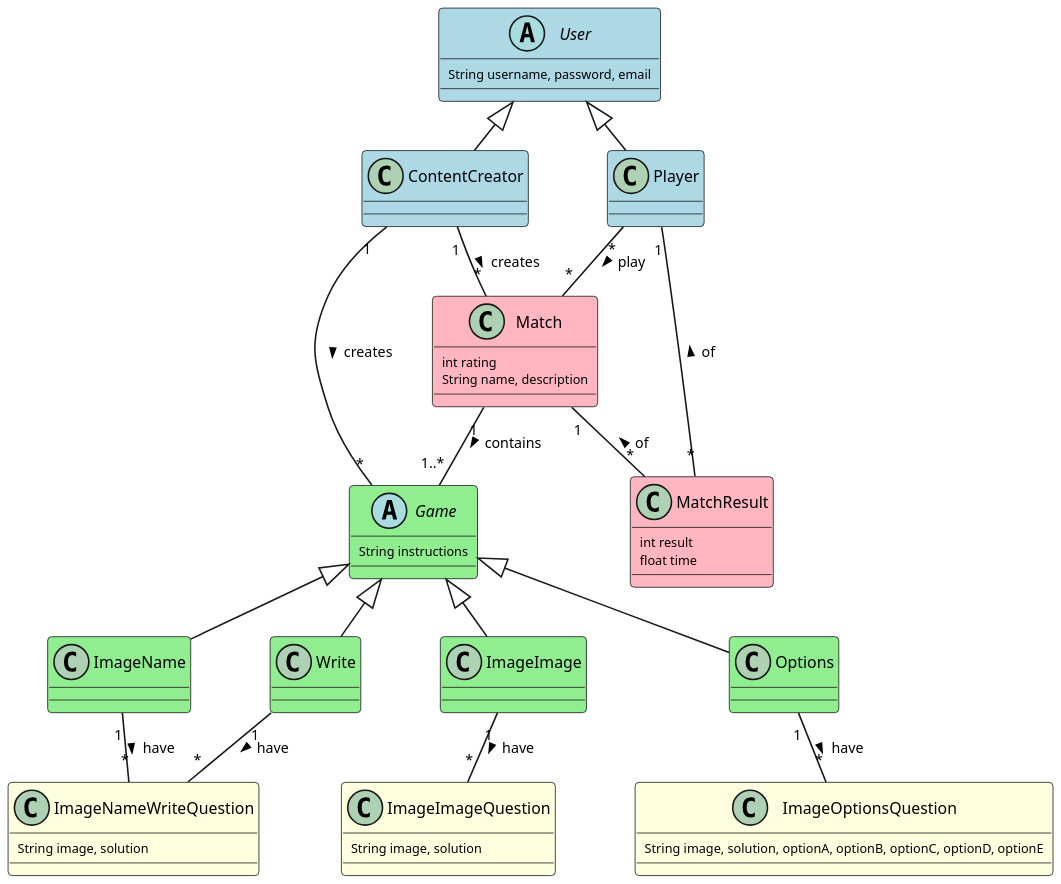
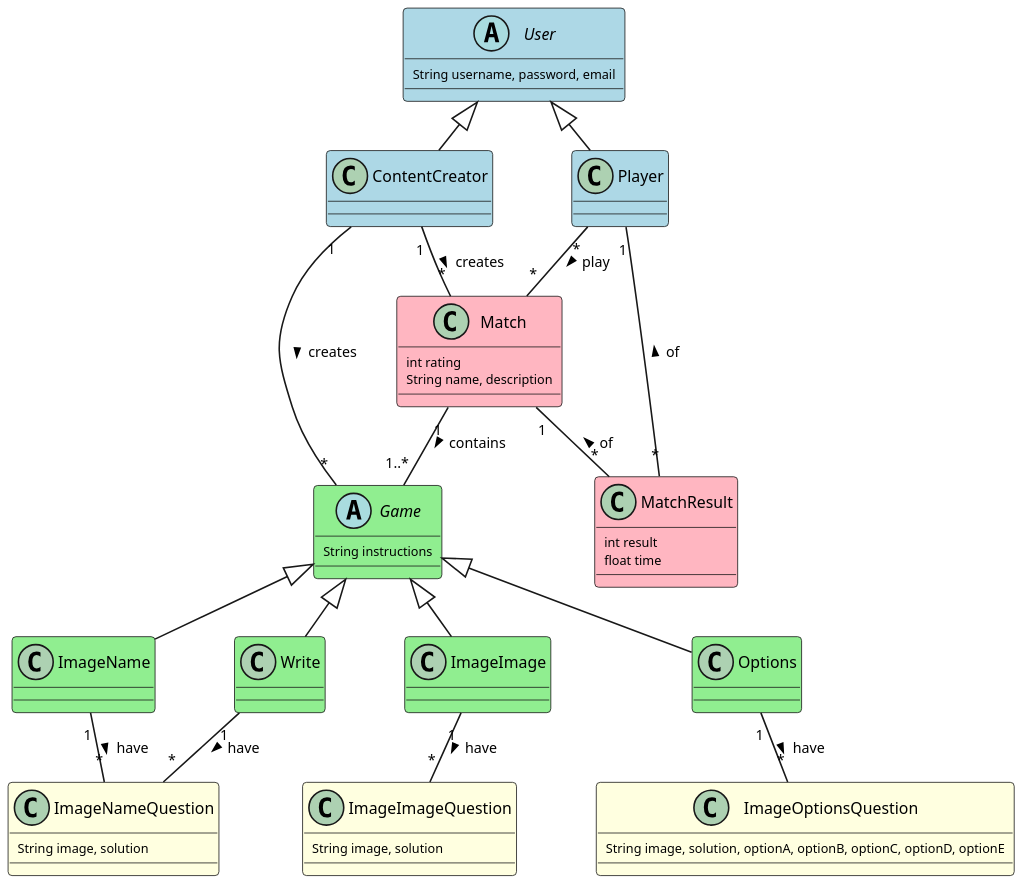
Before and after one commit to UdL-EPS-SoftArch/GeoLearning-API: the diagram in diagram.puml, drawn with PlantUML. The commit also changed 22 other files, not shown here.

Commit message:
REFACTOR: ImageNameWriteQuestion to ImageNameQuestion. ImageWrite unified to ImageName

```diff
--- a/diagram.puml
+++ b/diagram.puml
@@ -1,81 +1,81 @@
 @startuml
 skinparam dpi 200
 skinparam classAttributeFontSize 8
 skinparam classArrowFontSize 9
 skinparam classFontSize 10
 skinparam nodesep 50
 skinparam ranksep 30
 hide stereotype
 skinparam class {
     BackgroundColor White
     BackgroundColor<<User>> LightBlue
     BackgroundColor<<Game>> LightGreen
     BackgroundColor<<Match>> LightPink
     BackgroundColor<<MatchResult>> LightPink
     BackgroundColor<<Options>> LightYellow
 }
 
 
 abstract class User <<User>> {
     String username, password, email
 }
 
 class ContentCreator <<User>> extends User {
 }
 
 class Player <<User>> extends User {
 }
 
 abstract class Game <<Game>> {
     String instructions
 }
 
 class ImageName <<Game>> extends Game {
 }
 
 class Write <<Game>> extends Game {
 }
 
 class ImageImage <<Game>> extends Game {
 }
 
 class Options <<Game>> extends Game {
 }
 
 class ImageImageQuestion <<Options>>{
     String image, solution
 }
 
-class ImageNameWriteQuestion <<Options>>{
+class ImageNameQuestion <<Options>>{
     String image, solution
 }
 
 class ImageOptionsQuestion <<Options>>{
     String image, solution, optionA, optionB, optionC, optionD, optionE
 }
 
 class Match <<Match>> {
     int rating
     String name, description
 }
 
 class MatchResult <<MatchResult>> {
     int result
     float time
 }
 
 ContentCreator "1" -- "*" Match:creates >
 ContentCreator "1" -- "*" Game:creates >
 
 Player "*" -- "*" Match:play >
 Player "1" -- "*" MatchResult:of <
 
 Match "1" -- "*" MatchResult:of <
 Match "1" -- "1..*" Game:contains >
 
-Write "1" -- "*" ImageNameWriteQuestion:have >
-ImageName "1" -- "*" ImageNameWriteQuestion:have >
+Write "1" -- "*" ImageNameQuestion:have >
+ImageName "1" -- "*" ImageNameQuestion:have >
 ImageImage "1" -- "*" ImageImageQuestion:have >
 Options "1" -- "*" ImageOptionsQuestion:have >
 
 @enduml
```
